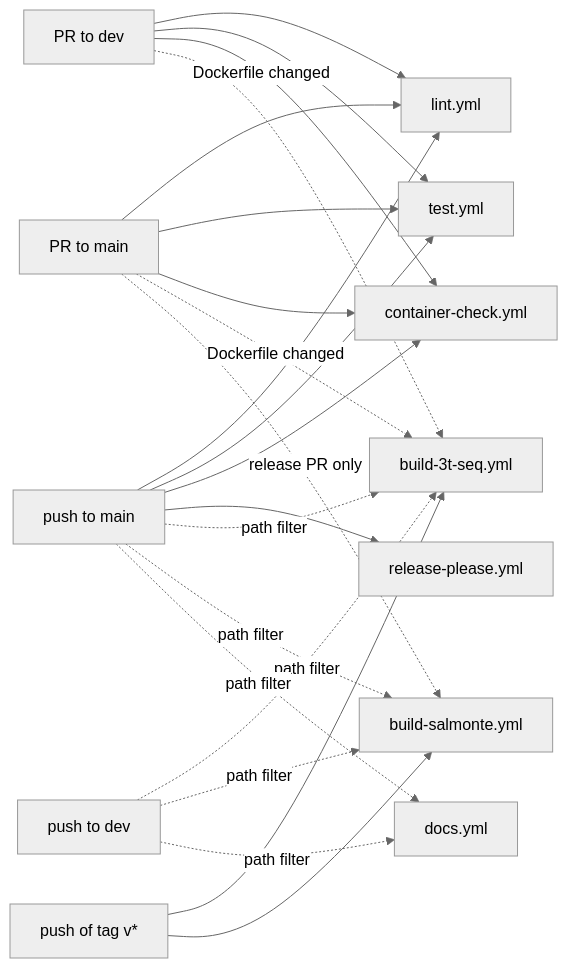
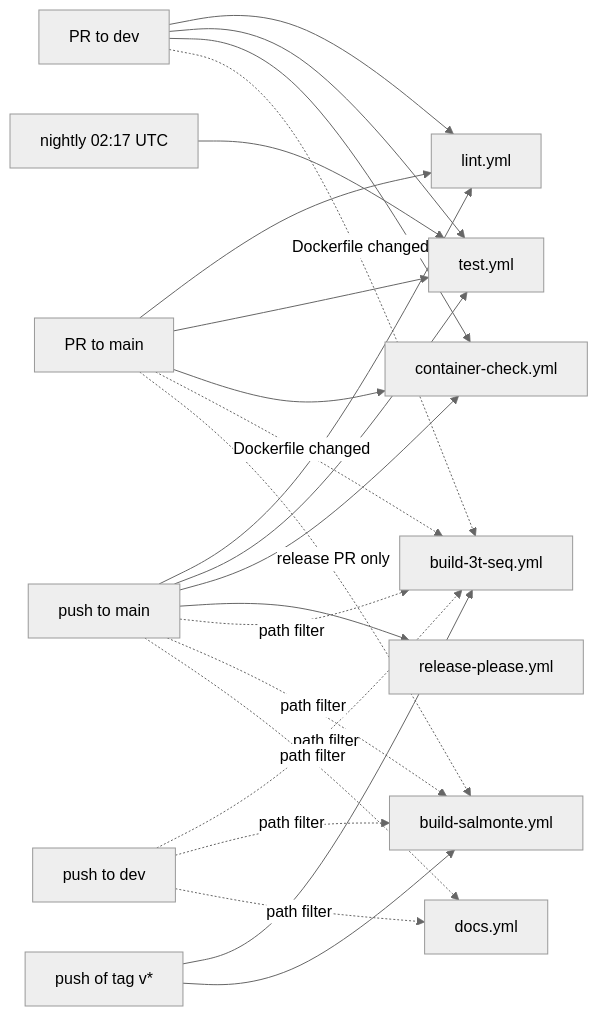
Before and after one commit to boulardlab/3t-seq: the diagram in docs/developer/ci.md, drawn with Mermaid (neutral theme). The commit also changed other lines of this file and 10 other files, not shown here.

````diff
--- a/docs/developer/ci.md
+++ b/docs/developer/ci.md
@@ -8,24 +8,25 @@
 ```mermaid
 flowchart LR
     PRD["PR to dev"] --> L["lint.yml"]
     PRD --> T["test.yml"]
     PRD --> C["container-check.yml"]
     PRD -.->|Dockerfile changed| B3["build-3t-seq.yml"]
     PRM["PR to main"] --> L
     PRM --> T
     PRM --> C
     PRM -.->|Dockerfile changed| B3
     PRM -.->|release PR only| BS["build-salmonte.yml"]
     PD["push to dev"] -.->|path filter| B3
     PD -.->|path filter| BS
     PD -.->|path filter| D["docs.yml"]
     PM["push to main"] --> L
     PM --> T
     PM --> C
     PM --> RP["release-please.yml"]
     PM -.->|path filter| B3
     PM -.->|path filter| BS
     PM -.->|path filter| D
     TAG["push of tag v*"] --> B3
     TAG --> BS
+    N["nightly 02:17 UTC"] --> T
 ```
````
